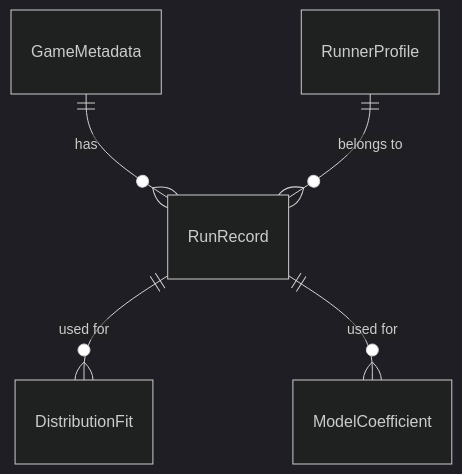
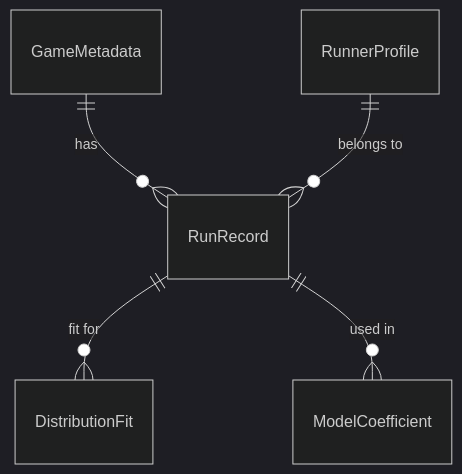
One commit to ContextLab/llmXive changed the diagram in projects/PROJ-156-statistical-analysis-of-publicly-availab/specs/001-statistical-analysis-of-publicly-availab/data-model.md. Above: the diagram before and after it, drawn with Mermaid (dark theme). The commit also changed other lines of this file and 18 other files, not shown here.

````diff
--- a/projects/PROJ-156-statistical-analysis-of-publicly-availab/specs/001-statistical-analysis-of-publicly-availab/data-model.md
+++ b/projects/PROJ-156-statistical-analysis-of-publicly-availab/specs/001-statistical-analysis-of-publicly-availab/data-model.md
@@ -7,7 +6,7 @@
 ```mermaid
 erDiagram
     GameMetadata ||--o{ RunRecord : "has"
     RunnerProfile ||--o{ RunRecord : "belongs to"
-    RunRecord ||--o{ DistributionFit : "used for"
-    RunRecord ||--o{ ModelCoefficient : "used for"
+    RunRecord ||--o{ DistributionFit : "fit for"
+    RunRecord ||--o{ ModelCoefficient : "used in"
 ```
````
